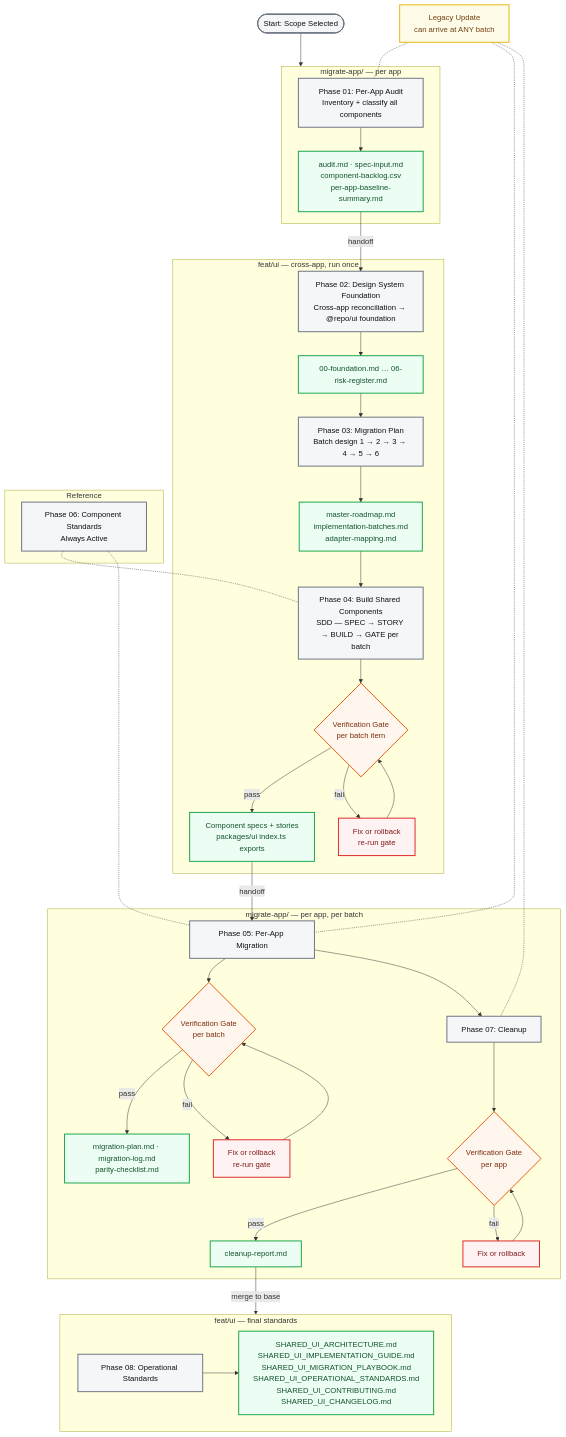
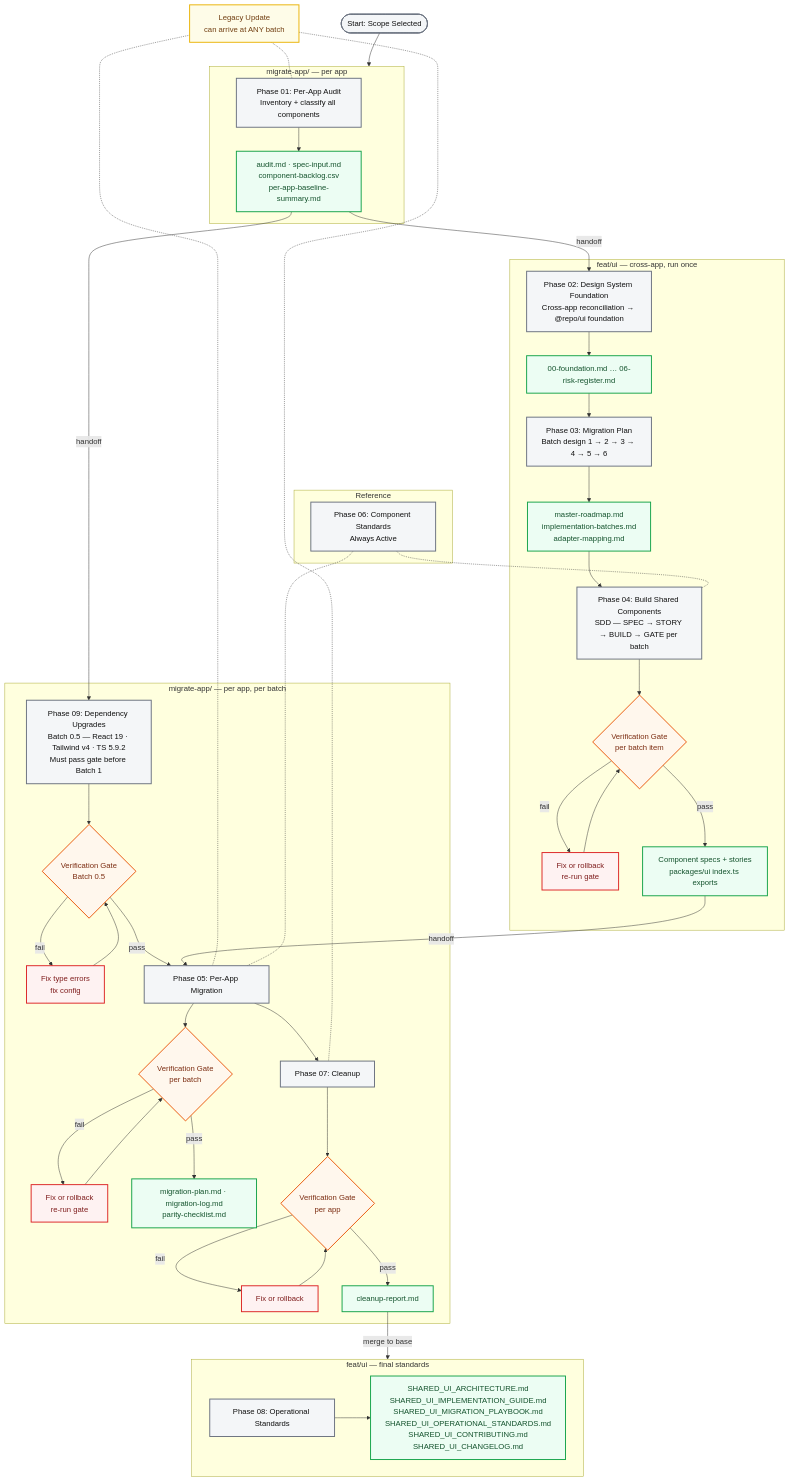
Before and after one commit to mahardikakdenie/.agent-skills: the first of 3 diagrams in apps/admin-portal/docs/migration/component/00-overview.md, drawn with Mermaid. The commit also changed other lines of this file and 3 other files, not shown here.

First line of the commit message:
docs(admin-portal): add Batch 0.5 dependency-upgrade gate to migration docs

```diff
--- a/apps/admin-portal/docs/migration/component/00-overview.md
+++ b/apps/admin-portal/docs/migration/component/00-overview.md
@@ -199,7 +199,13 @@
   end
 
   subgraph MIGRATE_BRANCH2["migrate-app/<APP_NAME> — per app, per batch"]
-    P05[Phase 05: Per-App Migration<br/>Batch 1 → 2 → 3 → 4 — consume @repo/ui]:::phase
+    P09[Phase 09: Dependency Upgrades<br/>Batch 0.5 — React 19 · Tailwind v4 · TS 5.9.2<br/>Must pass gate before Batch 1]:::phase
+    G09{Verification Gate<br/>Batch 0.5}:::gate
+    F09[Fix type errors<br/>fix config]:::fix
+    P09 --> G09
+    G09 -- pass --> P05[Phase 05: Per-App Migration<br/>Batch 1 → 2 → 3 → 4 — consume @repo/ui]:::phase
+    G09 -- fail --> F09 --> G09
+
     G05{Verification Gate<br/>per batch}:::gate
     F05[Fix or rollback<br/>re-run gate]:::fix
     A05[migration-plan.md · migration-log.md<br/>parity-checklist.md]:::artifact
@@ -230,6 +236,7 @@
   A01 -->|"handoff"| P02
   A02 --> P03
   A03 --> P04
+  A01 -->|"handoff"| P09
   A04 -->|"handoff"| P05
   A07 -->|"merge to base"| FINAL
 
```
